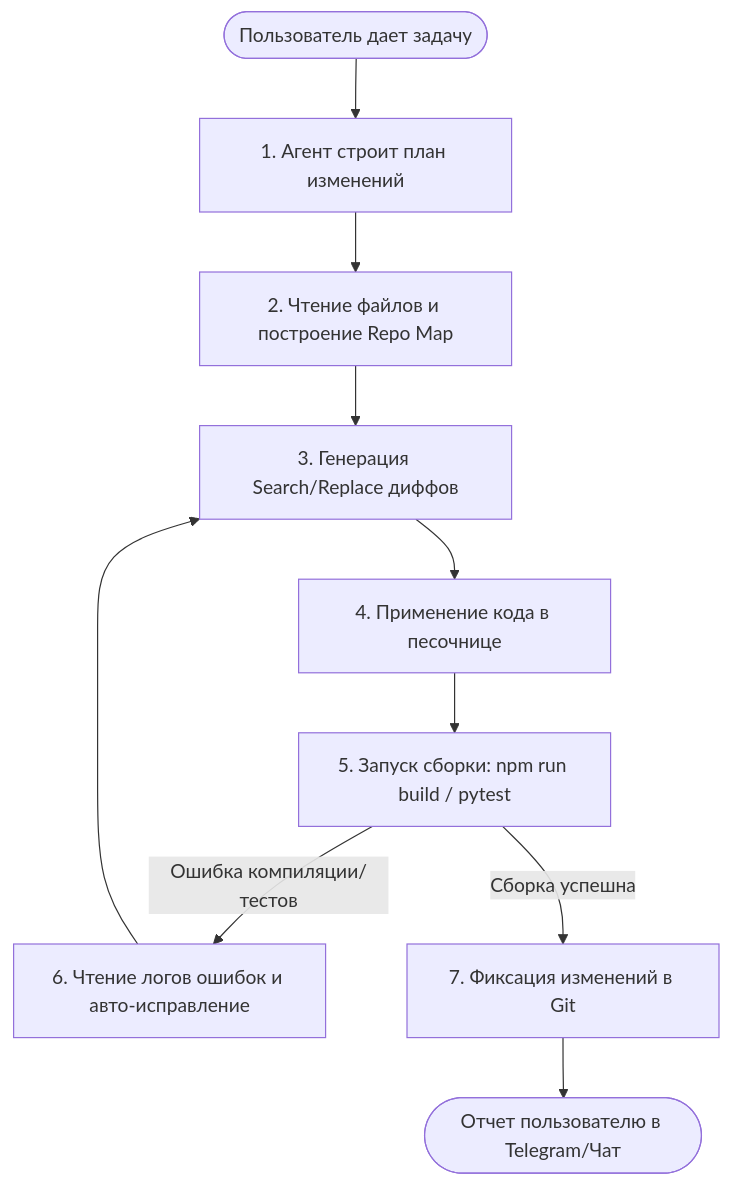
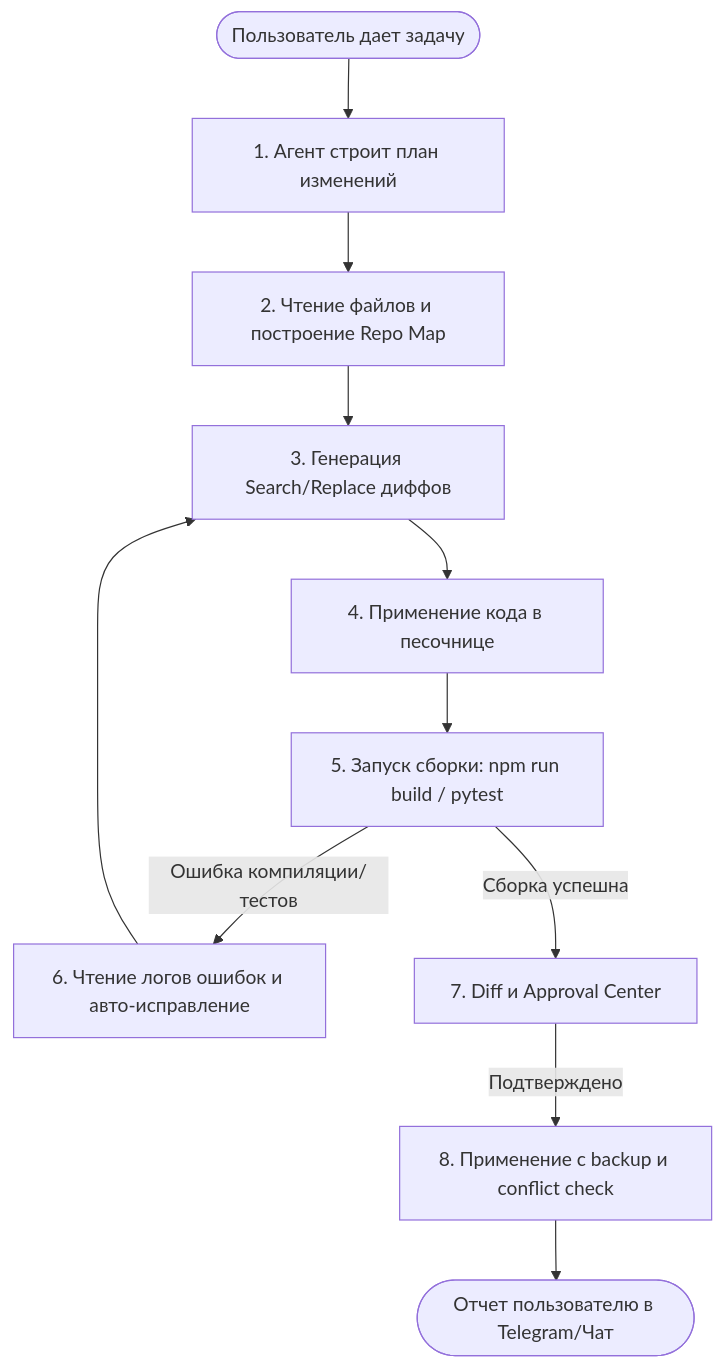
The diagram in docs/design/SELF_IMPROVING_AGENT.md (KIRILL9123/myAgent), drawn with Mermaid before and after one commit. The commit also changed other lines of this file and 34 other files, not shown here.

````diff
--- a/docs/design/SELF_IMPROVING_AGENT.md
+++ b/docs/design/SELF_IMPROVING_AGENT.md
@@ -24,12 +52,13 @@
 ```mermaid
 graph TD
     User([Пользователь дает задачу]) --> Plan[1. Агент строит план изменений]
     Plan --> Read[2. Чтение файлов и построение Repo Map]
     Read --> Code[3. Генерация Search/Replace диффов]
     Code --> Sandbox[4. Применение кода в песочнице]
     Sandbox --> Test[5. Запуск сборки: npm run build / pytest]
     Test -- Ошибка компиляции/тестов --> Debug[6. Чтение логов ошибок и авто-исправление]
     Debug --> Code
-    Test -- Сборка успешна --> Commit[7. Фиксация изменений в Git]
+    Test -- Сборка успешна --> Review[7. Diff и Approval Center]
+    Review -- Подтверждено --> Commit[8. Применение с backup и conflict check]
     Commit --> UserReport([Отчет пользователю в Telegram/Чат])
 ```
````
